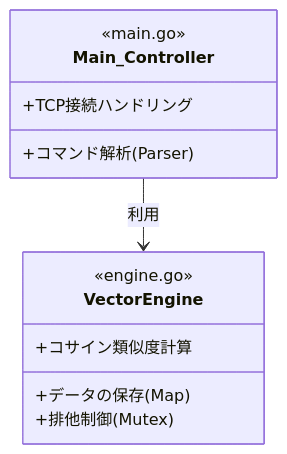
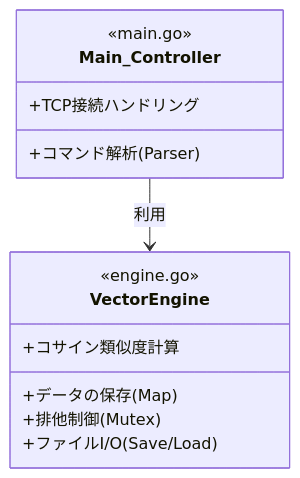
Before and after one commit to ktomoya1/go-vector-db: the first of 2 diagrams in README.md, drawn with Mermaid. The commit also changed other lines of this file, not shown here.

Commit message:
feat: データの永続化(Save/Load)機能を完了し、READMEを更新

````diff
--- a/README.md
+++ b/README.md
@@ -14,15 +15,16 @@
 ```mermaid
 classDiagram
     class Main_Controller {
         <<main.go>>
         +TCP接続ハンドリング
         +コマンド解析 (Parser)
     }
     class VectorEngine {
         <<engine.go>>
         +データの保存 (Map)
         +排他制御 (Mutex)
         +コサイン類似度計算
+        +ファイルI/O (Save/Load)
     }
     Main_Controller --> VectorEngine : 利用
 ```
````
